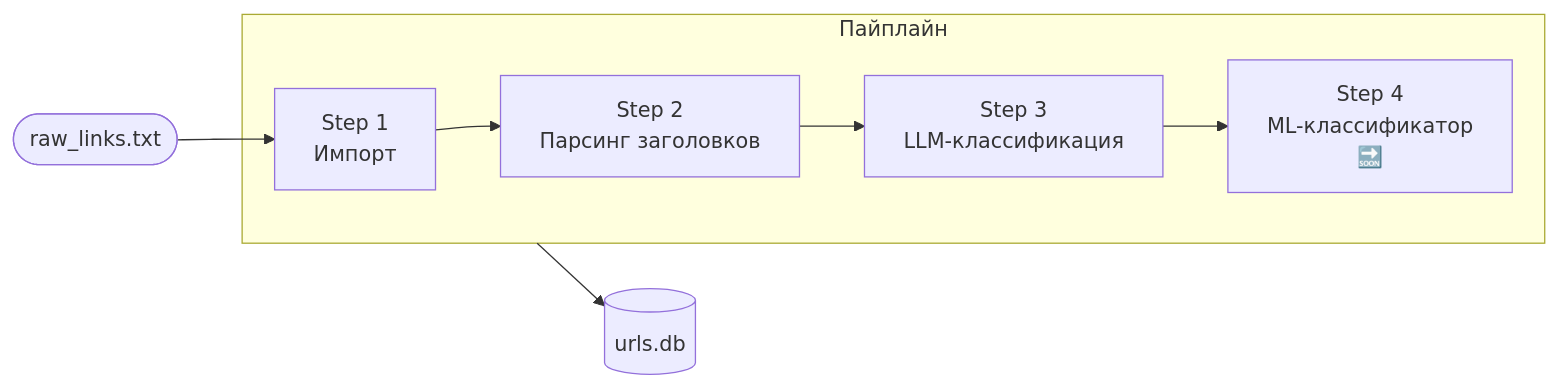
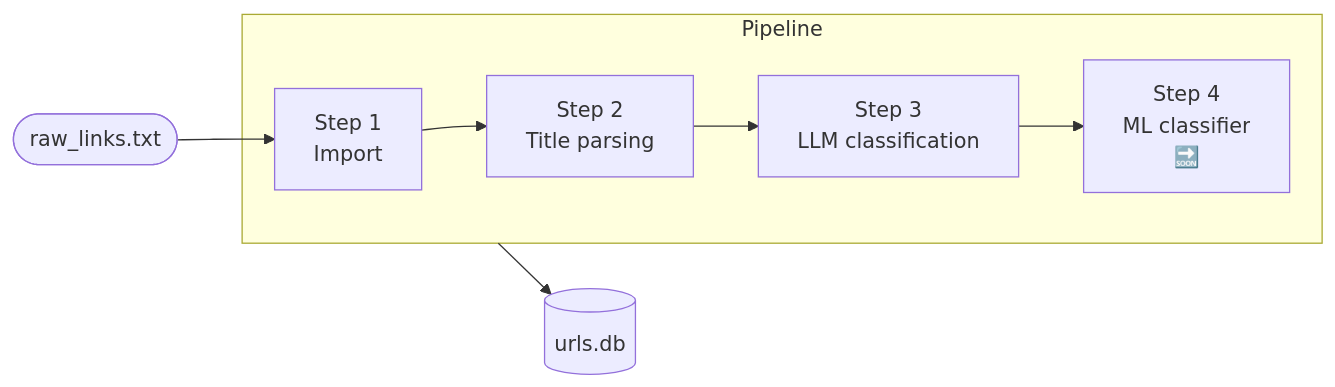
The first of 4 diagrams in README.md (ioncat/web-page-classifier), drawn with Mermaid before and after one commit. The commit also changed other lines of this file and 12 other files, not shown here.

````diff
--- a/README.md
+++ b/README.md
@@ -31,13 +31,13 @@
 ```mermaid
 flowchart LR
     A([raw_links.txt]) --> B
 
-    subgraph pipeline ["Пайплайн"]
-        B["Step 1<br/>Импорт"]
-        B --> C["Step 2<br/>Парсинг заголовков"]
-        C --> D["Step 3<br/>LLM-классификация"]
-        D --> E["Step 4<br/>ML-классификатор<br/>🔜"]
+    subgraph pipeline ["Pipeline"]
+        B["Step 1<br/>Import"]
+        B --> C["Step 2<br/>Title parsing"]
+        C --> D["Step 3<br/>LLM classification"]
+        D --> E["Step 4<br/>ML classifier<br/>🔜"]
     end
 
     pipeline --> F[(urls.db)]
 ```
````
